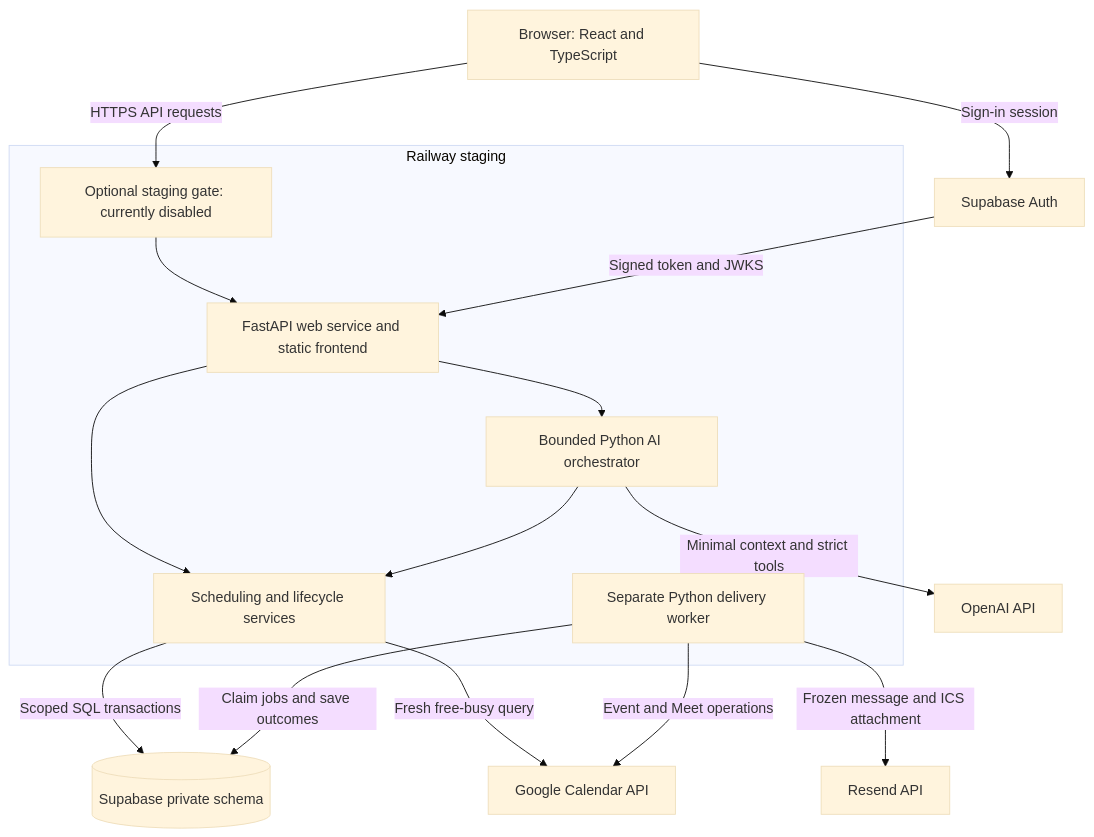
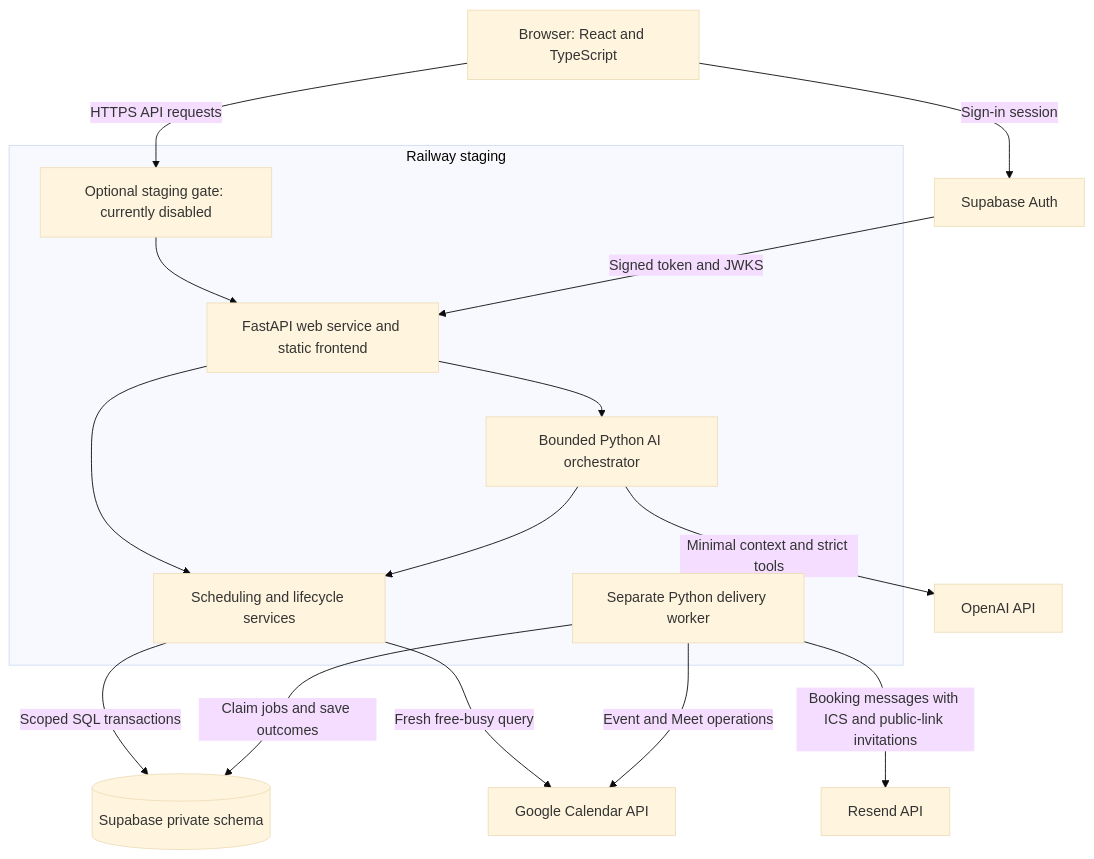
One commit to narcraj-projects/petitecalendar-ai- changed the second of 3 diagrams in docs/HIGH_LEVEL_DESIGN.md. Above: the diagram before and after it, drawn with Mermaid (base theme). The commit also changed other lines of this file and 19 other files, not shown here.

Commit message:
Add reviewed host email invitations with durable private delivery

````diff
--- a/docs/HIGH_LEVEL_DESIGN.md
+++ b/docs/HIGH_LEVEL_DESIGN.md
@@ -23,20 +23,20 @@
 ```mermaid
 flowchart TB
     Browser[Browser: React and TypeScript]
     Browser -->|Sign-in session| Auth[Supabase Auth]
     Browser -->|HTTPS API requests| Gate[Optional staging gate: currently disabled]
     subgraph Railway[Railway staging]
         Gate --> Web[FastAPI web service and static frontend]
         Web --> Rules[Scheduling and lifecycle services]
         Web --> Agent[Bounded Python AI orchestrator]
         Agent --> Rules
         Worker[Separate Python delivery worker]
     end
     Auth -->|Signed token and JWKS| Web
     Rules -->|Scoped SQL transactions| DB[(Supabase private schema)]
     Rules -->|Fresh free-busy query| Google[Google Calendar API]
     Agent -->|Minimal context and strict tools| Model[OpenAI API]
     Worker -->|Claim jobs and save outcomes| DB
     Worker -->|Event and Meet operations| Google
-    Worker -->|Frozen message and ICS attachment| Email[Resend API]
+    Worker -->|Booking messages with ICS and public-link invitations| Email[Resend API]
 ```
````
